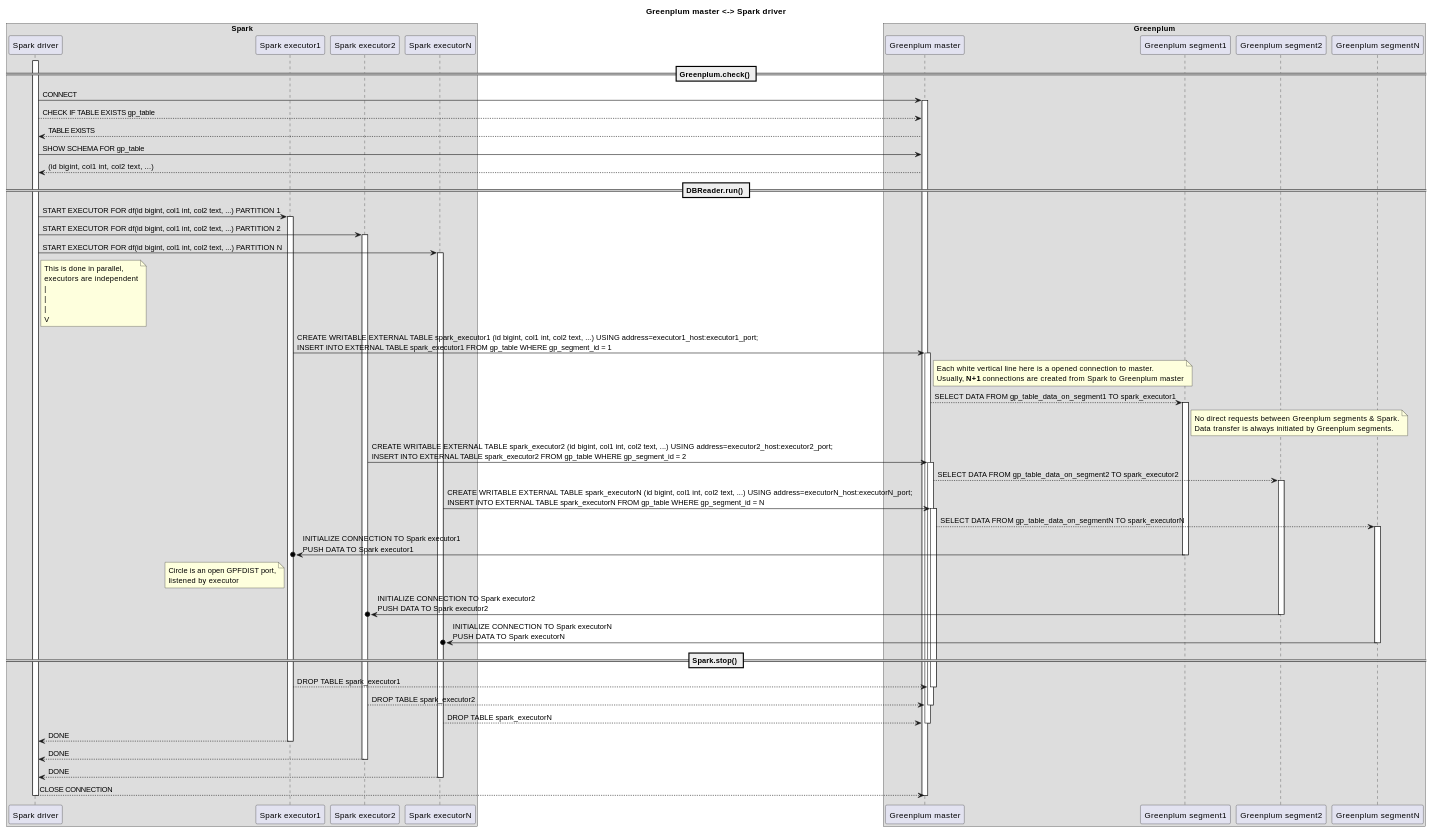
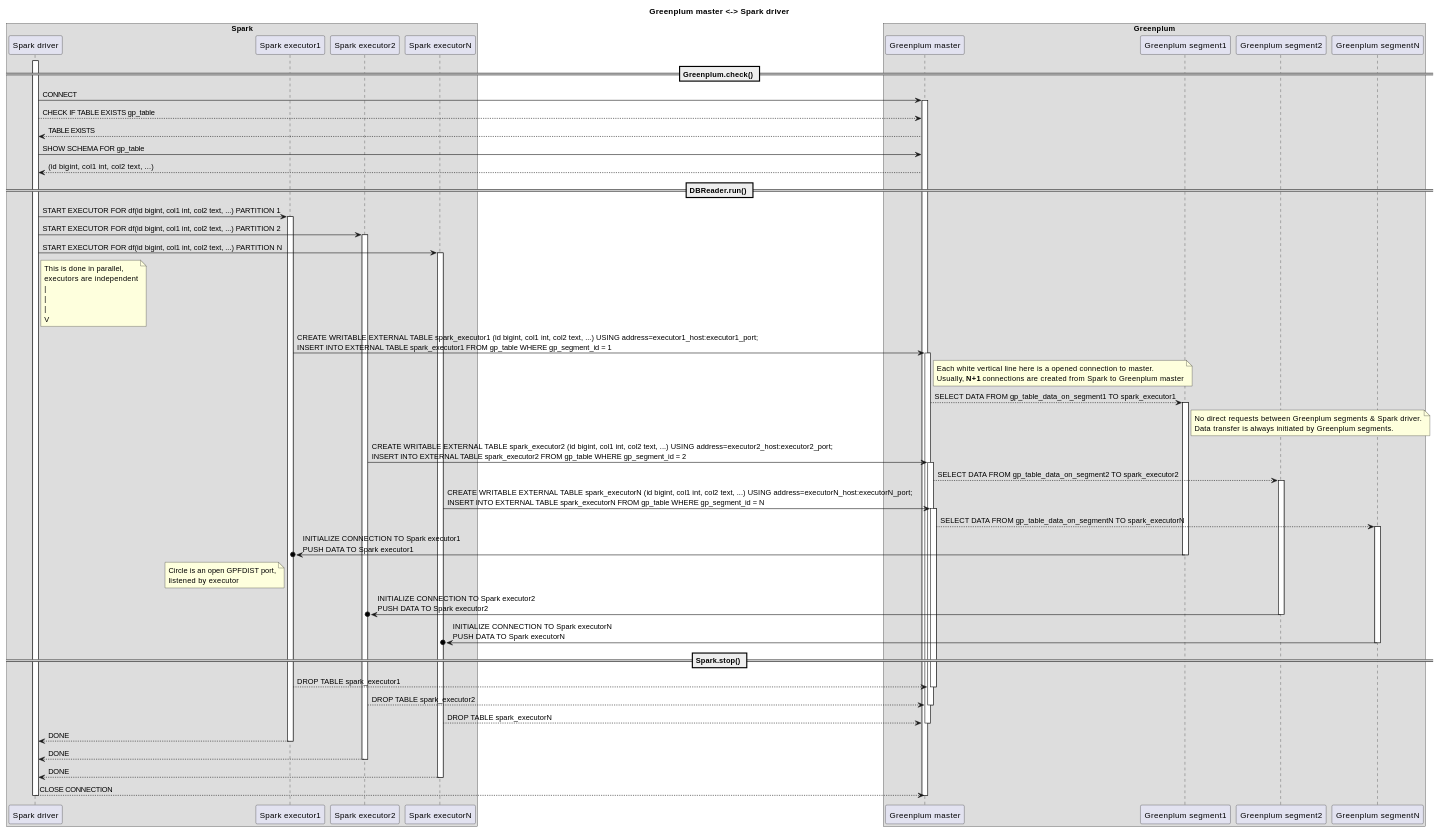
The diagram in mddocs/docs/en/connection/db_connection/greenplum/read.md (MobileTeleSystems/onetl), drawn with PlantUML before and after one commit. The commit also changed 2 other files, not shown here.

Commit message:
add sequence diagram for greenplum write

````diff
--- a/mddocs/docs/en/connection/db_connection/greenplum/read.md
+++ b/mddocs/docs/en/connection/db_connection/greenplum/read.md
@@ -112,70 +112,70 @@
     ```plantuml
 
         @startuml
         title Greenplum master <-> Spark driver
                 box "Spark"
                 participant "Spark driver"
                 participant "Spark executor1"
                 participant "Spark executor2"
                 participant "Spark executorN"
                 end box
 
                 box "Greenplum"
                 participant "Greenplum master"
                 participant "Greenplum segment1"
                 participant "Greenplum segment2"
                 participant "Greenplum segmentN"
                 end box
 
                 == Greenplum.check() ==
 
                 activate "Spark driver"
                 "Spark driver" -> "Greenplum master" ++ : CONNECT
 
                 "Spark driver" --> "Greenplum master" : CHECK IF TABLE EXISTS gp_table
                 "Greenplum master" --> "Spark driver" : TABLE EXISTS
                 "Spark driver" -> "Greenplum master" : SHOW SCHEMA FOR gp_table
                 "Greenplum master" --> "Spark driver" : (id bigint, col1 int, col2 text, ...)
 
                 == DBReader.run() ==
 
                 "Spark driver" -> "Spark executor1" ++ : START EXECUTOR FOR df(id bigint, col1 int, col2 text, ...) PARTITION 1
                 "Spark driver" -> "Spark executor2" ++ : START EXECUTOR FOR df(id bigint, col1 int, col2 text, ...) PARTITION 2
                 "Spark driver" -> "Spark executorN" ++ : START EXECUTOR FOR df(id bigint, col1 int, col2 text, ...) PARTITION N
 
                 note right of "Spark driver" : This is done in parallel,\nexecutors are independent\n|\n|\n|\nV
                 "Spark executor1" -> "Greenplum master" ++ : CREATE WRITABLE EXTERNAL TABLE spark_executor1 (id bigint, col1 int, col2 text, ...) USING address=executor1_host:executor1_port;\nINSERT INTO EXTERNAL TABLE spark_executor1 FROM gp_table WHERE gp_segment_id = 1
                 note right of "Greenplum master" : Each white vertical line here is a opened connection to master.\nUsually, **N+1** connections are created from Spark to Greenplum master
                 "Greenplum master" --> "Greenplum segment1" ++ : SELECT DATA FROM gp_table_data_on_segment1 TO spark_executor1
-                note right of "Greenplum segment1" : No direct requests between Greenplum segments & Spark.\nData transfer is always initiated by Greenplum segments.
+                note right of "Greenplum segment1" : No direct requests between Greenplum segments & Spark driver.\nData transfer is always initiated by Greenplum segments.
 
                 "Spark executor2" -> "Greenplum master" ++ : CREATE WRITABLE EXTERNAL TABLE spark_executor2 (id bigint, col1 int, col2 text, ...) USING address=executor2_host:executor2_port;\nINSERT INTO EXTERNAL TABLE spark_executor2 FROM gp_table WHERE gp_segment_id = 2
                 "Greenplum master" --> "Greenplum segment2" ++ : SELECT DATA FROM gp_table_data_on_segment2 TO spark_executor2
 
                 "Spark executorN" -> "Greenplum master" ++ : CREATE WRITABLE EXTERNAL TABLE spark_executorN (id bigint, col1 int, col2 text, ...) USING address=executorN_host:executorN_port;\nINSERT INTO EXTERNAL TABLE spark_executorN FROM gp_table WHERE gp_segment_id = N
                 "Greenplum master" --> "Greenplum segmentN" ++ : SELECT DATA FROM gp_table_data_on_segmentN TO spark_executorN
 
                 "Greenplum segment1" ->o "Spark executor1" -- : INITIALIZE CONNECTION TO Spark executor1\nPUSH DATA TO Spark executor1
                 note left of "Spark executor1" : Circle is an open GPFDIST port,\nlistened by executor
 
                 "Greenplum segment2" ->o "Spark executor2" -- : INITIALIZE CONNECTION TO Spark executor2\nPUSH DATA TO Spark executor2
                 "Greenplum segmentN" ->o "Spark executorN" -- : INITIALIZE CONNECTION TO Spark executorN\nPUSH DATA TO Spark executorN
 
                 == Spark.stop() ==
 
                 "Spark executor1" --> "Greenplum master" : DROP TABLE spark_executor1
                 deactivate "Greenplum master"
                 "Spark executor2" --> "Greenplum master" : DROP TABLE spark_executor2
                 deactivate "Greenplum master"
                 "Spark executorN" --> "Greenplum master" : DROP TABLE spark_executorN
                 deactivate "Greenplum master"
 
                 "Spark executor1" --> "Spark driver" -- : DONE
                 "Spark executor2" --> "Spark driver" -- : DONE
                 "Spark executorN" --> "Spark driver" -- : DONE
 
                 "Spark driver" --> "Greenplum master" : CLOSE CONNECTION
                 deactivate "Greenplum master"
                 deactivate "Spark driver"
         @enduml
     ```
````
